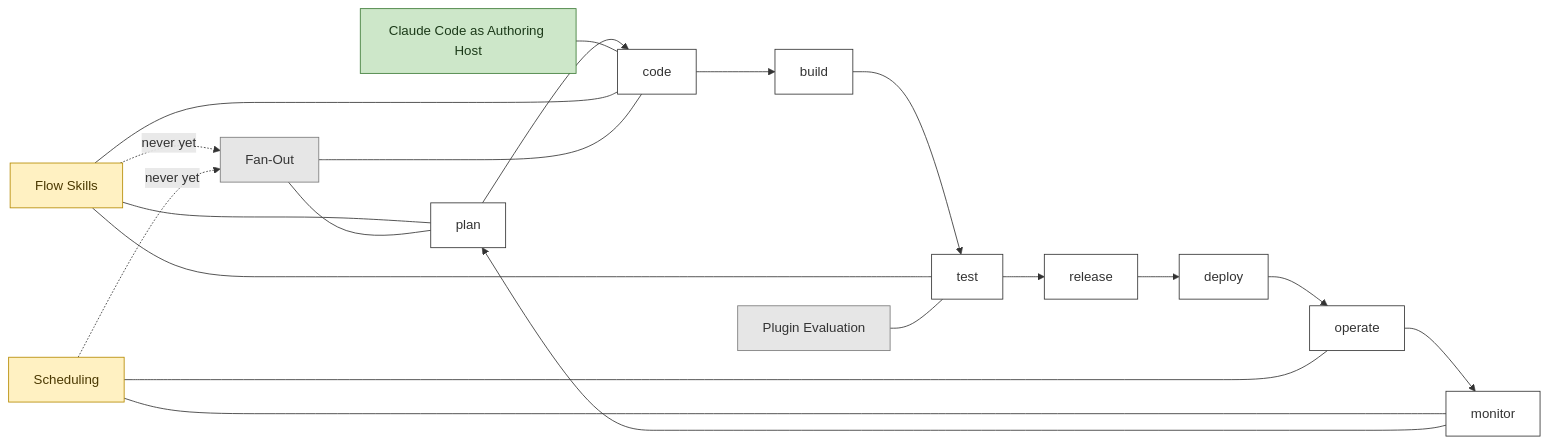
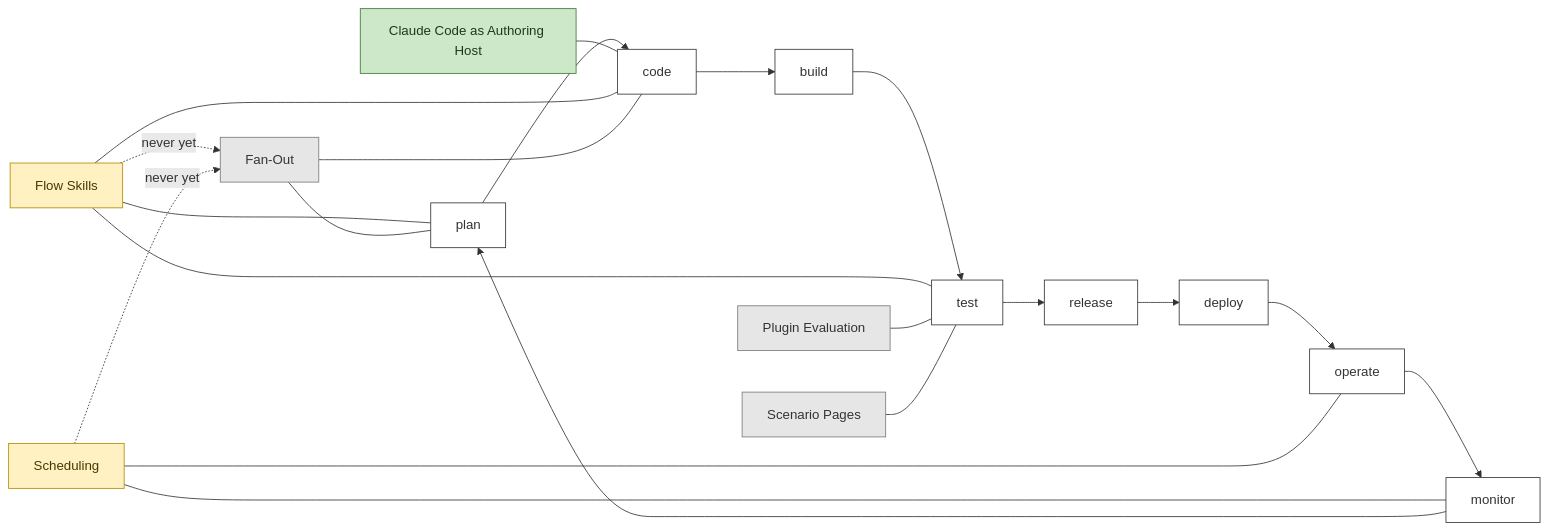
One commit to JSdotNet/ai-agent-stack changed the diagram in .devbook/ai/adoption-map.md. Above: the diagram before and after it, drawn with Mermaid. The commit also changed other lines of this file and 12 other files, not shown here.

````diff
--- a/.devbook/ai/adoption-map.md
+++ b/.devbook/ai/adoption-map.md
@@ -34,23 +34,24 @@
 ```mermaid
 graph LR
   plan --> code --> build --> test --> release --> deploy --> operate --> monitor --> plan
   host[Claude Code as Authoring Host] --- code
   flows[Flow Skills] --- plan
   flows --- code
   flows --- test
   fanout[Fan-Out] --- plan
   fanout --- code
   schedule[Scheduling] --- operate
   schedule --- monitor
   eval[Plugin Evaluation] --- test
+  scenarios[Scenario Pages] --- test
   flows -. never yet .-> fanout
   schedule -. never yet .-> fanout
   classDef stage fill:#fff,stroke:#333,color:#333;
   classDef adopted fill:#cde7c9,stroke:#3c7a35,color:#1c3a19;
   classDef trial fill:#fff1c2,stroke:#b58a00,color:#4a3800;
   classDef candidate fill:#e6e6e6,stroke:#7a7a7a,color:#333;
   class plan,code,build,test,release,deploy,operate,monitor stage;
   class host adopted;
   class flows,schedule trial;
-  class fanout,eval candidate;
+  class fanout,eval,scenarios candidate;
 ```
````
